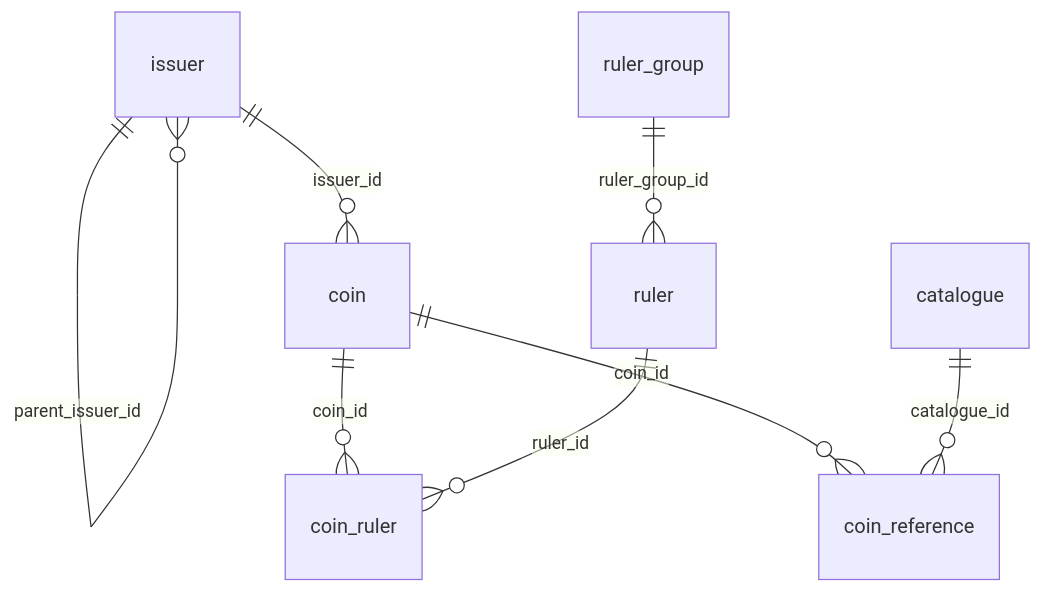
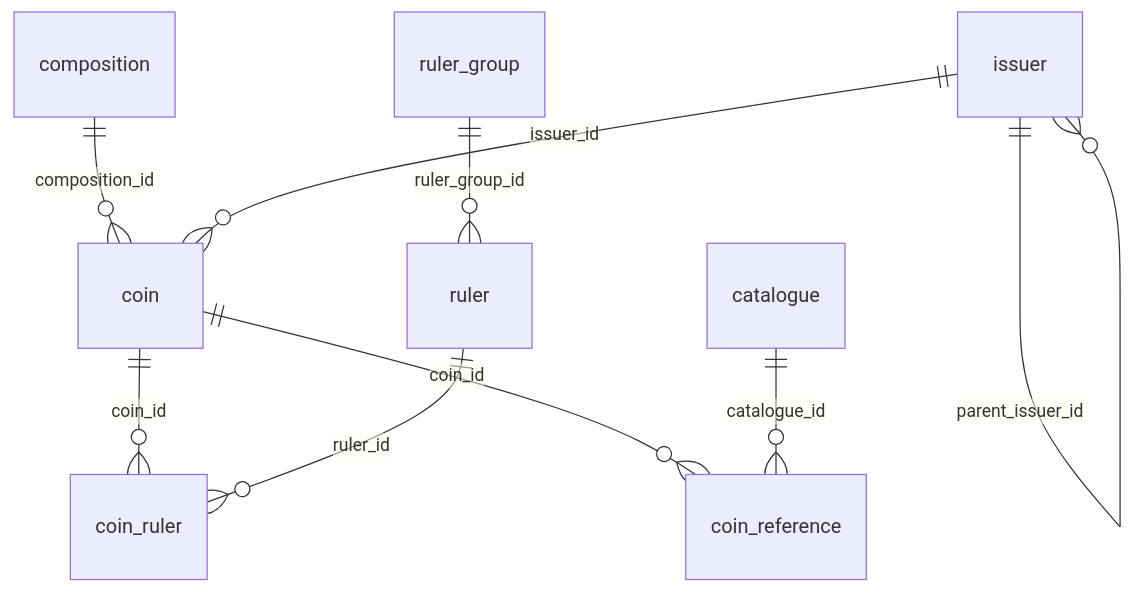
The diagram in packages/db/README.md (AgustinLarzabal/coin-archive), drawn with Mermaid before and after one commit. The commit also changed other lines of this file and 21 other files, not shown here.

````diff
--- a/packages/db/README.md
+++ b/packages/db/README.md
@@ -48,10 +50,11 @@
 ```mermaid
 erDiagram
+  composition ||--o{ coin : "composition_id"
   issuer ||--o{ issuer : "parent_issuer_id"
   issuer ||--o{ coin : "issuer_id"
   coin ||--o{ coin_ruler : "coin_id"
   ruler ||--o{ coin_ruler : "ruler_id"
   ruler_group ||--o{ ruler : "ruler_group_id"
   coin ||--o{ coin_reference : "coin_id"
   catalogue ||--o{ coin_reference : "catalogue_id"
 ```
````
